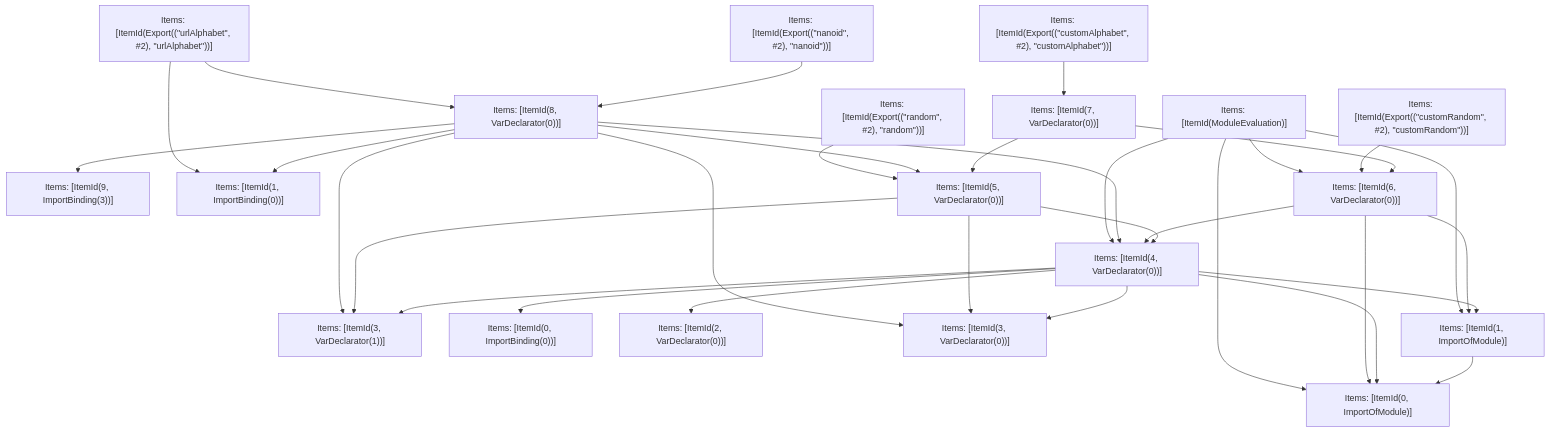
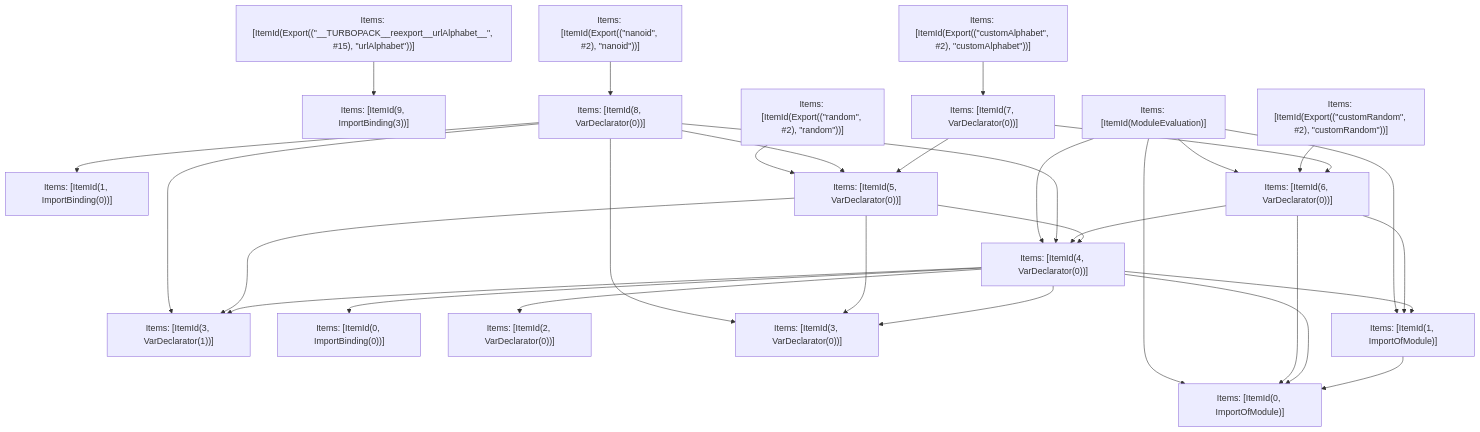
Before and after one commit to penicillin0/next.js: the fifth of 5 diagrams in turbopack/crates/turbopack-ecmascript/tests/tree-shaker/analyzer/nanoid/output.md, drawn with Mermaid. The commit also changed other lines of this file and 1 other file, not shown here.

````diff
--- a/turbopack/crates/turbopack-ecmascript/tests/tree-shaker/analyzer/nanoid/output.md
+++ b/turbopack/crates/turbopack-ecmascript/tests/tree-shaker/analyzer/nanoid/output.md
@@ -378,53 +372,51 @@
 ```mermaid
 graph TD
     N0["Items: [ItemId(9, ImportBinding(3))]"];
-    N1["Items: [ItemId(1, ImportBinding(0))]"];
-    N2["Items: [ItemId(3, VarDeclarator(1))]"];
-    N3["Items: [ItemId(0, ImportBinding(0))]"];
-    N4["Items: [ItemId(2, VarDeclarator(0))]"];
-    N5["Items: [ItemId(3, VarDeclarator(0))]"];
-    N6["Items: [ItemId(0, ImportOfModule)]"];
-    N7["Items: [ItemId(1, ImportOfModule)]"];
-    N8["Items: [ItemId(4, VarDeclarator(0))]"];
-    N9["Items: [ItemId(6, VarDeclarator(0))]"];
-    N10["Items: [ItemId(ModuleEvaluation)]"];
-    N11["Items: [ItemId(Export((&quot;customRandom&quot;, #2), &quot;customRandom&quot;))]"];
-    N12["Items: [ItemId(5, VarDeclarator(0))]"];
-    N13["Items: [ItemId(Export((&quot;random&quot;, #2), &quot;random&quot;))]"];
-    N14["Items: [ItemId(8, VarDeclarator(0))]"];
-    N15["Items: [ItemId(Export((&quot;urlAlphabet&quot;, #2), &quot;urlAlphabet&quot;))]"];
+    N1["Items: [ItemId(Export((&quot;__TURBOPACK__reexport__urlAlphabet__&quot;, #15), &quot;urlAlphabet&quot;))]"];
+    N2["Items: [ItemId(1, ImportBinding(0))]"];
+    N3["Items: [ItemId(3, VarDeclarator(1))]"];
+    N4["Items: [ItemId(0, ImportBinding(0))]"];
+    N5["Items: [ItemId(2, VarDeclarator(0))]"];
+    N6["Items: [ItemId(3, VarDeclarator(0))]"];
+    N7["Items: [ItemId(0, ImportOfModule)]"];
+    N8["Items: [ItemId(1, ImportOfModule)]"];
+    N9["Items: [ItemId(4, VarDeclarator(0))]"];
+    N10["Items: [ItemId(6, VarDeclarator(0))]"];
+    N11["Items: [ItemId(ModuleEvaluation)]"];
+    N12["Items: [ItemId(Export((&quot;customRandom&quot;, #2), &quot;customRandom&quot;))]"];
+    N13["Items: [ItemId(5, VarDeclarator(0))]"];
+    N14["Items: [ItemId(Export((&quot;random&quot;, #2), &quot;random&quot;))]"];
+    N15["Items: [ItemId(8, VarDeclarator(0))]"];
     N16["Items: [ItemId(Export((&quot;nanoid&quot;, #2), &quot;nanoid&quot;))]"];
     N17["Items: [ItemId(7, VarDeclarator(0))]"];
     N18["Items: [ItemId(Export((&quot;customAlphabet&quot;, #2), &quot;customAlphabet&quot;))]"];
-    N7 --> N6;
-    N8 --> N5;
-    N8 --> N4;
-    N8 --> N3;
-    N8 --> N2;
-    N8 --> N6;
     N8 --> N7;
-    N12 --> N8;
-    N12 --> N5;
-    N12 --> N2;
     N9 --> N6;
+    N9 --> N5;
+    N9 --> N4;
+    N9 --> N3;
     N9 --> N7;
     N9 --> N8;
-    N17 --> N9;
-    N17 --> N12;
-    N14 --> N8;
-    N14 --> N2;
-    N14 --> N1;
-    N14 --> N0;
-    N14 --> N12;
-    N14 --> N5;
-    N16 --> N14;
-    N18 --> N17;
-    N11 --> N9;
-    N15 --> N14;
-    N15 --> N1;
-    N13 --> N12;
-    N10 --> N6;
+    N13 --> N9;
+    N13 --> N6;
+    N13 --> N3;
     N10 --> N7;
     N10 --> N8;
     N10 --> N9;
+    N17 --> N10;
+    N17 --> N13;
+    N15 --> N9;
+    N15 --> N3;
+    N15 --> N2;
+    N15 --> N13;
+    N15 --> N6;
+    N16 --> N15;
+    N18 --> N17;
+    N12 --> N10;
+    N1 --> N0;
+    N14 --> N13;
+    N11 --> N7;
+    N11 --> N8;
+    N11 --> N9;
+    N11 --> N10;
 ```
````
